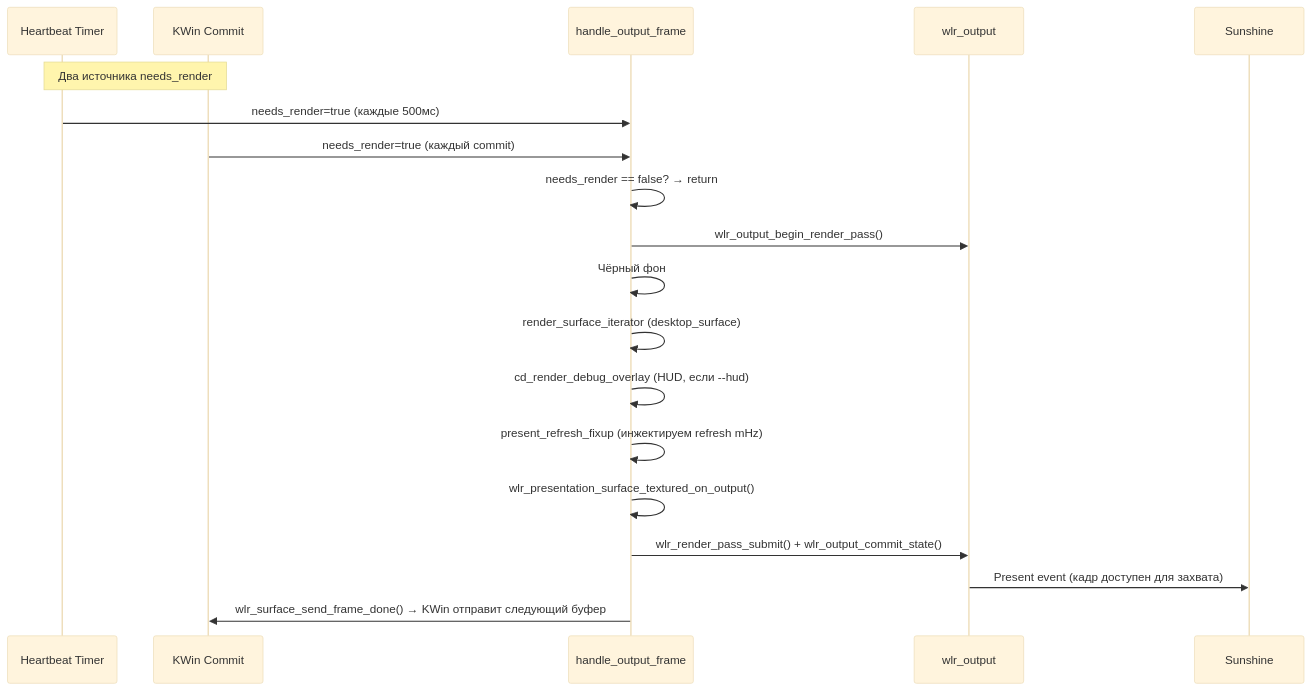
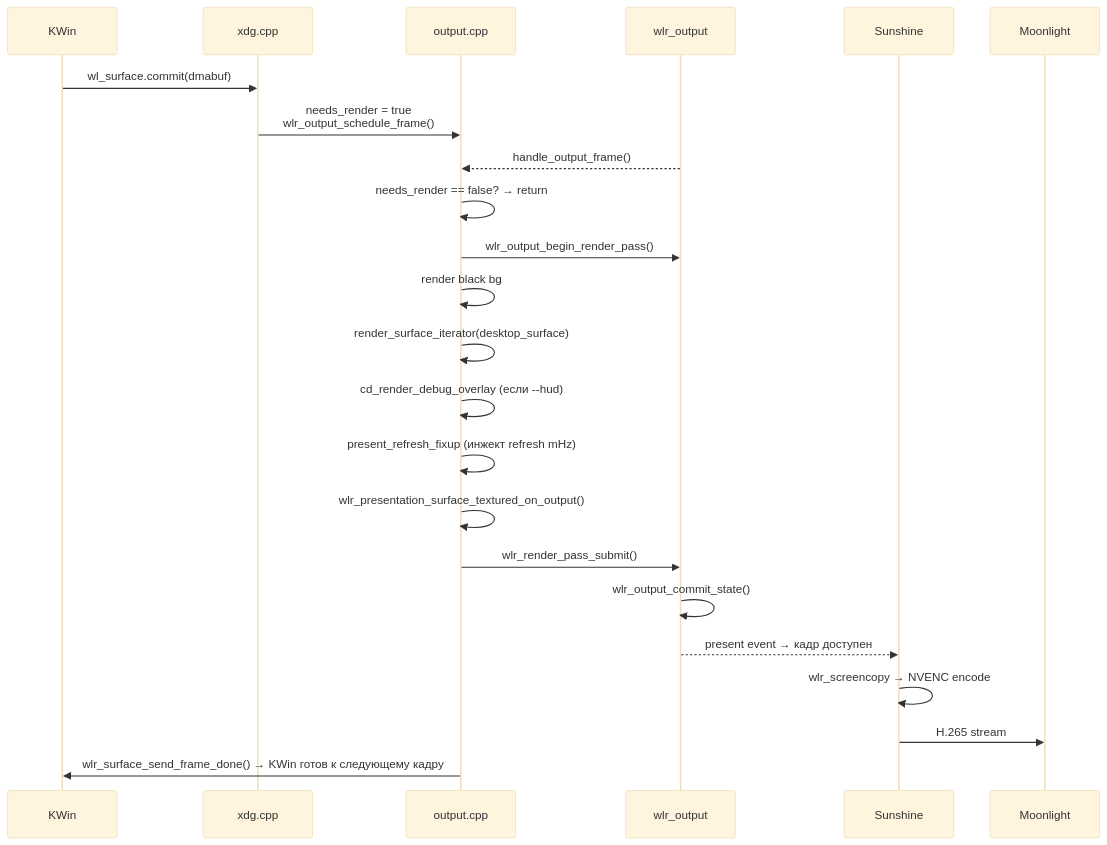
One commit to chiririll/cloud-desktop-host changed the third of 5 diagrams in docs/Архитектура cloud-desktop-host (CDH).md. Above: the diagram before and after it, drawn with Mermaid (base theme). The commit also changed other lines of this file and 1 other file, not shown here.

First line of the commit message:
docs: rewrite README and Architecture — detailed project card, structured arch doc

````diff
--- a/docs/Архитектура cloud-desktop-host (CDH).md
+++ b/docs/Архитектура cloud-desktop-host (CDH).md
@@ -208,23 +227,26 @@
 ```mermaid
 sequenceDiagram
-    participant HB as Heartbeat Timer
-    participant KC as KWin Commit
-    participant OF as handle_output_frame
-    participant OP as wlr_output
+    participant KW as KWin
+    participant XDG as xdg.cpp
+    participant OUT as output.cpp
+    participant WLR as wlr_output
     participant SU as Sunshine
+    participant ML as Moonlight
 
-    Note over HB,KC: Два источника needs_render
-    HB->>OF: needs_render=true (каждые 500мс)
-    KC->>OF: needs_render=true (каждый commit)
-    
-    OF->>OF: needs_render == false? → return
-    OF->>OP: wlr_output_begin_render_pass()
-    OF->>OF: Чёрный фон
-    OF->>OF: render_surface_iterator (desktop_surface)
-    OF->>OF: cd_render_debug_overlay (HUD, если --hud)
-    OF->>OF: present_refresh_fixup (инжектируем refresh mHz)
-    OF->>OF: wlr_presentation_surface_textured_on_output()
-    OF->>OP: wlr_render_pass_submit() + wlr_output_commit_state()
-    OP->>SU: Present event (кадр доступен для захвата)
-    OF->>KC: wlr_surface_send_frame_done() → KWin отправит следующий буфер
+    KW->>XDG: wl_surface.commit(dmabuf)
+    XDG->>OUT: needs_render = true<br/>wlr_output_schedule_frame()
+    WLR-->>OUT: handle_output_frame()
+    OUT->>OUT: needs_render == false? → return
+    OUT->>WLR: wlr_output_begin_render_pass()
+    OUT->>OUT: render black bg
+    OUT->>OUT: render_surface_iterator(desktop_surface)
+    OUT->>OUT: cd_render_debug_overlay (если --hud)
+    OUT->>OUT: present_refresh_fixup (инжект refresh mHz)
+    OUT->>OUT: wlr_presentation_surface_textured_on_output()
+    OUT->>WLR: wlr_render_pass_submit()
+    WLR->>WLR: wlr_output_commit_state()
+    WLR-->>SU: present event → кадр доступен
+    SU->>SU: wlr_screencopy → NVENC encode
+    SU->>ML: H.265 stream
+    OUT->>KW: wlr_surface_send_frame_done() → KWin готов к следующему кадру
 ```
````
